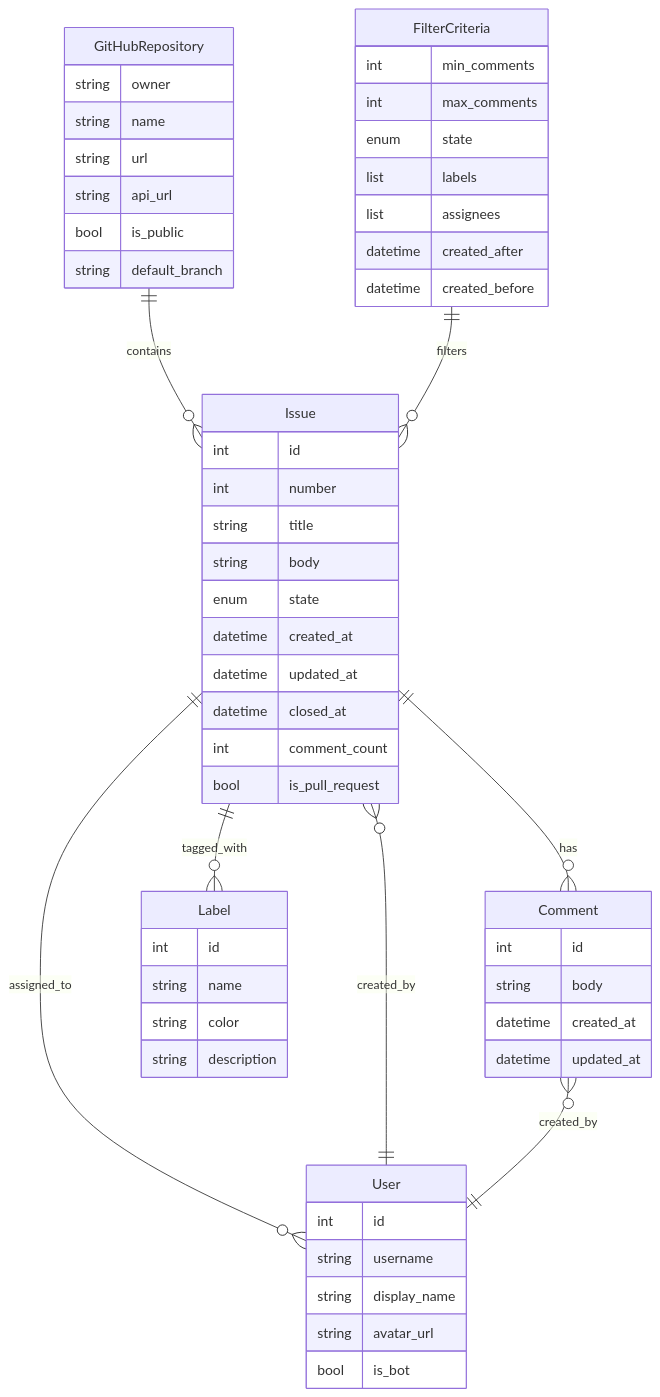
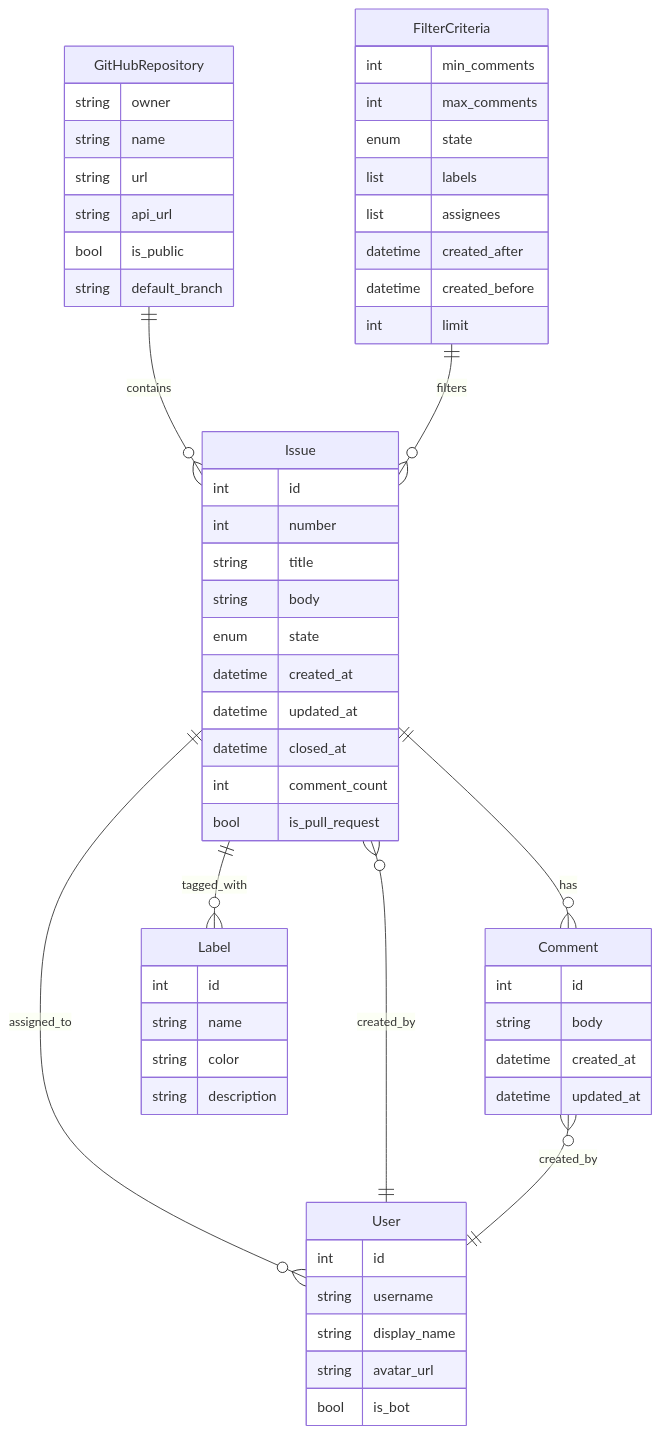
The diagram in specs/001-github-issue/data-model.md (xuxiong/issue_insight), drawn with Mermaid before and after one commit. The commit also changed other lines of this file and 7 other files, not shown here.

````diff
--- a/specs/001-github-issue/data-model.md
+++ b/specs/001-github-issue/data-model.md
@@ -340,64 +342,65 @@
 ```mermaid
 erDiagram
     GitHubRepository ||--o{ Issue : contains
     Issue ||--o{ Comment : has
     Issue ||--o{ Label : tagged_with
     Issue ||--o{ User : assigned_to
     Issue }o--|| User : created_by
     Comment }o--|| User : created_by
     FilterCriteria ||--o{ Issue : filters
 
     GitHubRepository {
         string owner
         string name
         string url
         string api_url
         bool is_public
         string default_branch
     }
 
     Issue {
         int id
         int number
         string title
         string body
         enum state
         datetime created_at
         datetime updated_at
         datetime closed_at
         int comment_count
         bool is_pull_request
     }
 
     Comment {
         int id
         string body
         datetime created_at
         datetime updated_at
     }
 
     User {
         int id
         string username
         string display_name
         string avatar_url
         bool is_bot
     }
 
     Label {
         int id
         string name
         string color
         string description
     }
 
     FilterCriteria {
         int min_comments
         int max_comments
         enum state
         list labels
         list assignees
         datetime created_after
         datetime created_before
+        int limit
     }
 ```
````
